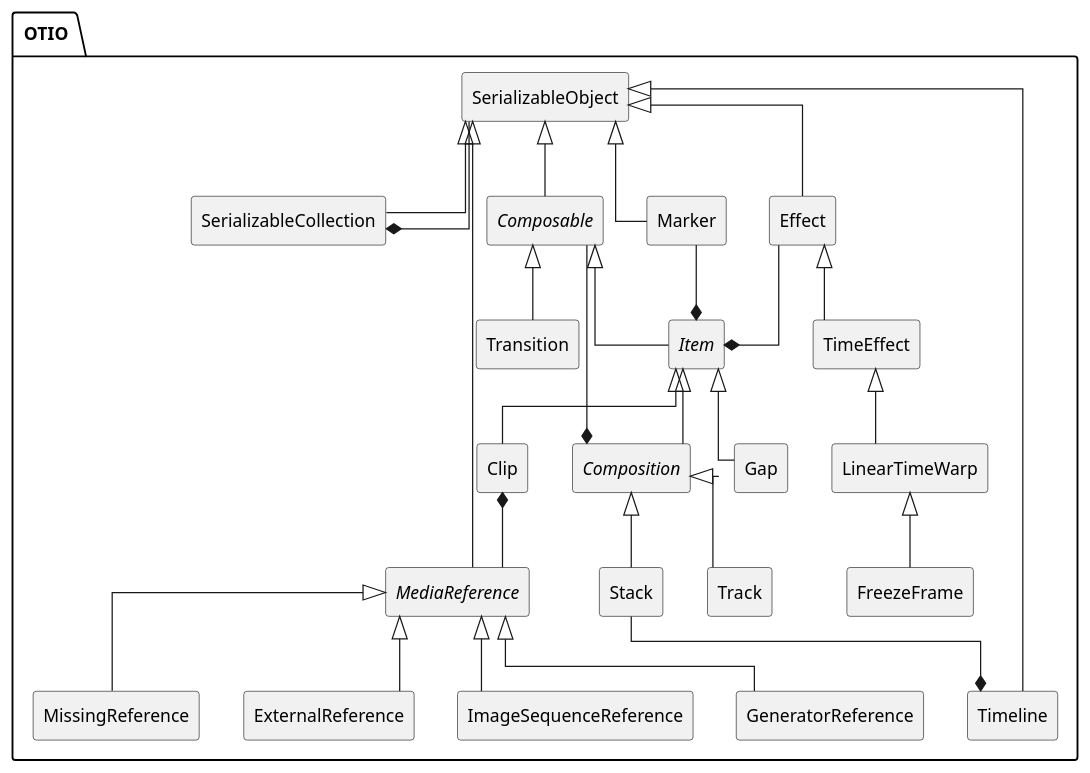
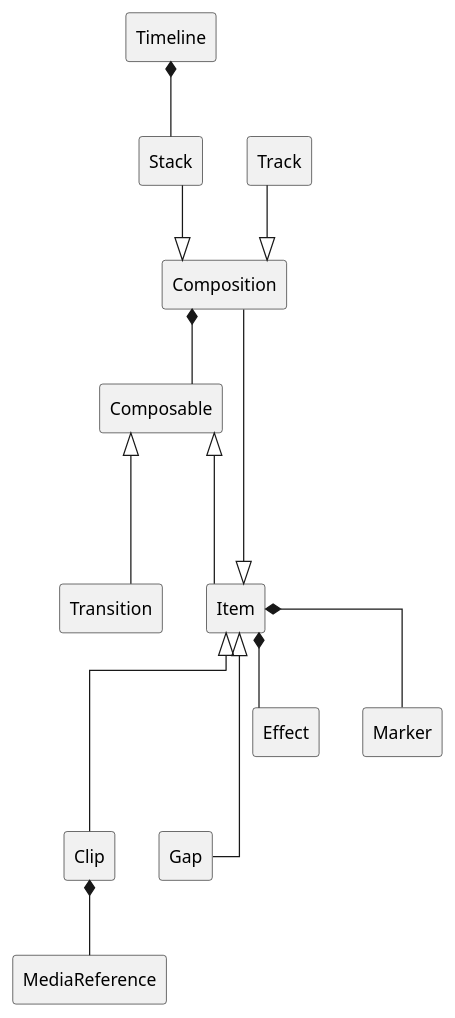
Before and after one commit to sandflow/otio-core-specification: the first of 34 diagrams in src/main/md/otio-core.md, drawn with PlantUML. The commit also changed other lines of this file, not shown here.

Commit message:
Improve class diagrams and document conventions (#13)

````diff
--- a/src/main/md/otio-core.md
+++ b/src/main/md/otio-core.md
@@ -19,82 +19,53 @@
 ```puml
 @startuml
 hide empty members
+hide circle
 skinparam classAttributeIconSize 0
 skinparam linetype ortho
 skinparam padding 5
 hide circle
 
-package OTIO <<Folder>> {
+class Timeline [[#object-model-Timeline]]
 
-class SerializableObject [[#object-model-SerializableObject]]
+class Clip [[#object-model-Clip]]
+class Gap [[#object-model-Gap]]
 
-SerializableObject <|-down- SerializableCollection
-SerializableObject <|-down- Timeline
-SerializableObject <|-down- Composable
-SerializableObject <|-down- Marker
-SerializableObject <|-down- Effect
-SerializableObject <|-down- MediaReference
 
-class SerializableCollection [[#object-model-SerializableCollection]]
-abstract class Composable [[#object-model-Composable]]
-class TimeEffect [[#object-model-TimeEffect]]
-abstract class Item [[#object-model-Item]]
-class Transition [[#object-model-Transition]]
+class Composition [[#object-model-Composition]]
+class Composable [[#object-model-Composable]]
 
 together {
-  class Clip [[#object-model-Clip]]
-  class Gap [[#object-model-Gap]]
-  abstract class Composition [[#object-model-Composition]]
+  class Transition [[#object-model-Transition]]
+  class Item [[#object-model-Item]]
 }
+
 
 class Effect [[#object-model-Effect]]
 class Marker [[#object-model-Marker]]
 
-class LinearTimeWarp [[#object-model-LinearTimeWarp]]
-class FreezeFrame [[#object-model-FreezeFrame]]
 
-class Timeline [[#object-model-Timeline]]
 class Stack [[#object-model-Stack]]
 class Track [[#object-model-Track]]
+class MediaReference [[#object-model-MediaReference]]
 
-SerializableCollection *-- SerializableObject
+Timeline *-- Stack
 
-Stack --* Timeline
+Track --|> Composition
+Stack --|> Composition
 
-Composable <|-- Item
-Composable <|-- Transition
+Composable <|--- Item
+Composable <|--- Transition
 
-Item <|-- Clip
-Item <|-- Gap
-Item <|-- Composition
+Composition *-- Composable
 
-Marker --* Item
+Item <|--- Clip
+Item <|--- Gap
+Composition ---|> Item
 
-Effect --* Item
-Effect <|-- TimeEffect
-
-TimeEffect <|-- LinearTimeWarp
-LinearTimeWarp <|-- FreezeFrame
-
-Composition <|-- Track
-Composition <|-- Stack
-Composition *-- Composable
+Item *-- Marker
+Item *-- Effect
 
 Clip *-- MediaReference
 
-abstract class MediaReference [[#object-model-MediaReference]]
-
-class GeneratorReference [[#object-model-GeneratorReference]]
-class MissingReference [[#object-model-MissingReference]]
-class ExternalReference [[#object-model-ExternalReference]]
-class ImageSequenceReference [[#object-model-ImageSequenceReference]]
-
-MediaReference <|-down- ExternalReference
-MediaReference <|-down- GeneratorReference
-MediaReference <|-down- MissingReference
-MediaReference <|-down- ImageSequenceReference
-
-}
-
 @enduml
 ```
````
